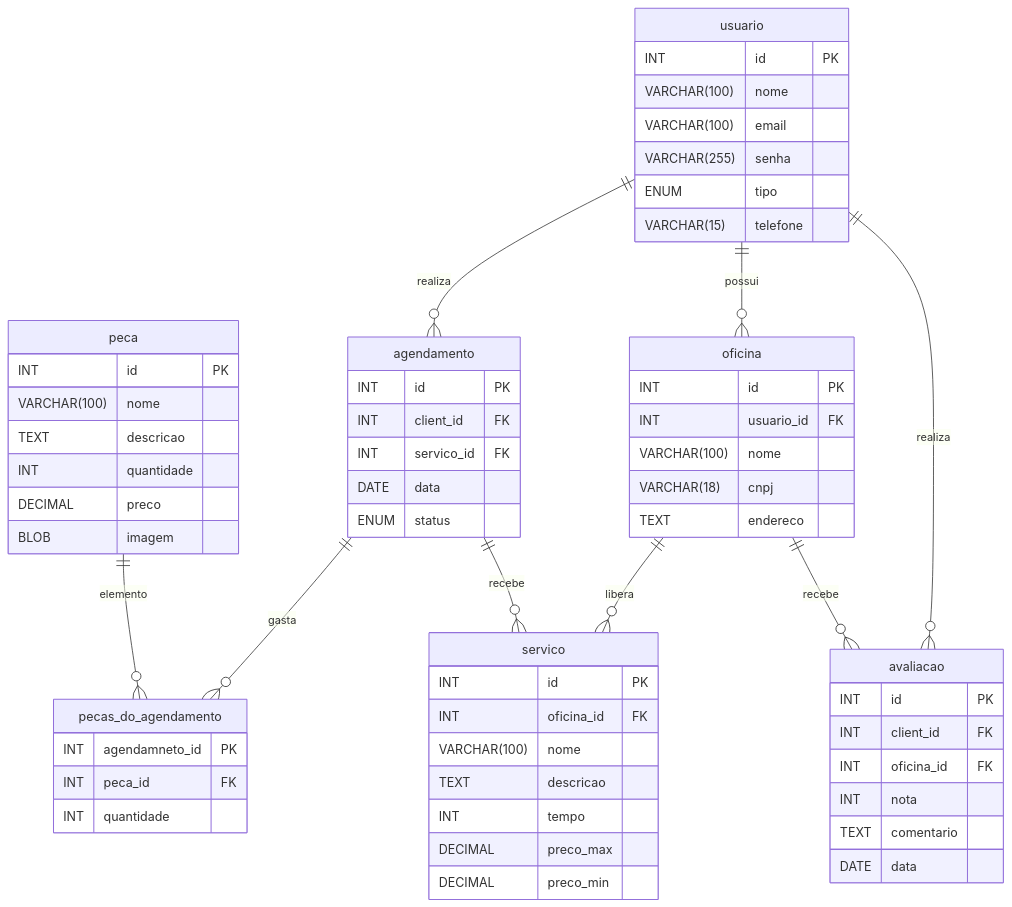
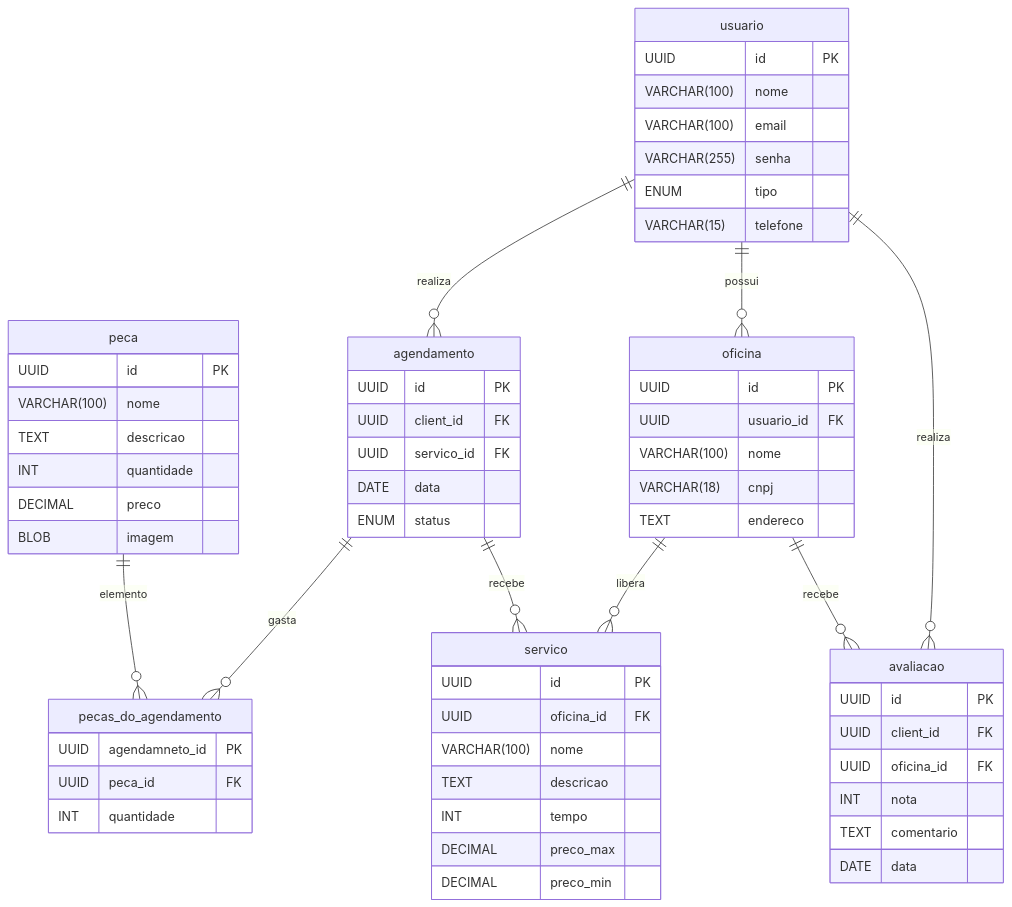
The diagram in docs/arquitetura.md (arthurazvd/mechapp), drawn with Mermaid before and after one commit. The commit also changed 1 other file, not shown here.

Commit message:
feat: atualização em docker e documentação

````diff
--- a/docs/arquitetura.md
+++ b/docs/arquitetura.md
@@ -18,72 +18,72 @@
 ```mermaid
 
 erDiagram
     usuario {
-        INT id PK
+        UUID id PK
         VARCHAR(100) nome
         VARCHAR(100) email
         VARCHAR(255) senha
         ENUM tipo
         VARCHAR(15) telefone
     }
 
     oficina {
-        INT id PK
-        INT usuario_id FK
+        UUID id PK
+        UUID usuario_id FK
         VARCHAR(100) nome
         VARCHAR(18) cnpj
         TEXT endereco
     }
 
     servico {
-        INT id PK
-        INT oficina_id FK
+        UUID id PK
+        UUID oficina_id FK
         VARCHAR(100) nome
         TEXT descricao
         INT tempo
         DECIMAL preco_max
         DECIMAL preco_min
     }
 
     peca {
-        INT id PK
+        UUID id PK
         VARCHAR(100) nome
         TEXT descricao
         INT quantidade
         DECIMAL preco
         BLOB imagem
     }
 
     agendamento {
-        INT id PK
-        INT client_id FK
-        INT servico_id FK
+        UUID id PK
+        UUID client_id FK
+        UUID servico_id FK
         DATE data
         ENUM status
     }
 
     avaliacao {
-        INT id PK
-        INT client_id FK
-        INT oficina_id FK
+        UUID id PK
+        UUID client_id FK
+        UUID oficina_id FK
         INT nota
         TEXT comentario
         DATE data
     }
 
     pecas_do_agendamento {
-        INT agendamneto_id PK
-        INT peca_id FK
+        UUID agendamneto_id PK
+        UUID peca_id FK
         INT quantidade
     }
 
 
     usuario ||--o{ agendamento : realiza
     usuario ||--o{ oficina : possui
     usuario ||--o{ avaliacao : realiza
     oficina ||--o{ avaliacao: recebe
     oficina ||--o{ servico : libera
     agendamento ||--o{ servico : recebe
     agendamento ||--o{ pecas_do_agendamento : gasta
     peca ||--o{ pecas_do_agendamento : elemento
 ```
````
